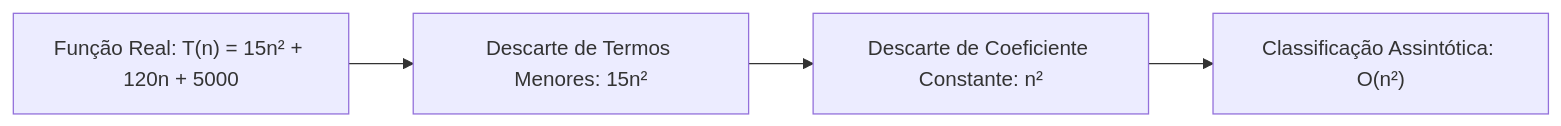
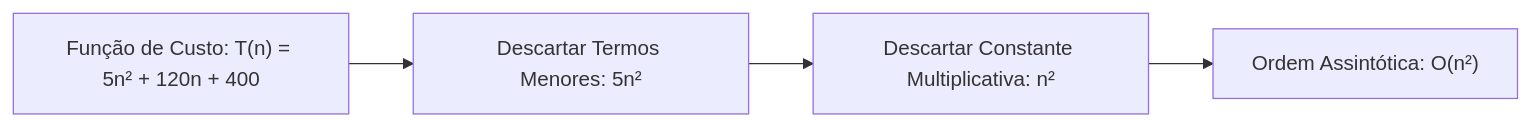
Before and after one commit to murilolol/unifef: the ninth of 26 diagrams in 4º Semestre/[Prof. Wesley Soares] Estrutura de Dados I/Resumos-IA/Simulados-Comentados.md, drawn with Mermaid. The commit also changed other lines of this file and 58 other files, not shown here.

````diff
--- a/4º Semestre/[Prof. Wesley Soares] Estrutura de Dados I/Resumos-IA/Simulados-Comentados.md
+++ b/4º Semestre/[Prof. Wesley Soares] Estrutura de Dados I/Resumos-IA/Simulados-Comentados.md
@@ -644,6 +499,6 @@
 ```mermaid
 flowchart LR
-  F1["Função Real: T(n) = 15n² + 120n + 5000"] --> F2["Descarte de Termos Menores: 15n²"]
-  F2 --> F3["Descarte de Coeficiente Constante: n²"]
-  F3 --> F4["Classificação Assintótica: O(n²)"]
+    A["Função de Custo: T(n) = 5n² + 120n + 400"] --> B["Descartar Termos Menores: 5n²"]
+    B --> C["Descartar Constante Multiplicativa: n²"]
+    C --> D["Ordem Assintótica: O(n²)"]
 ```
````
